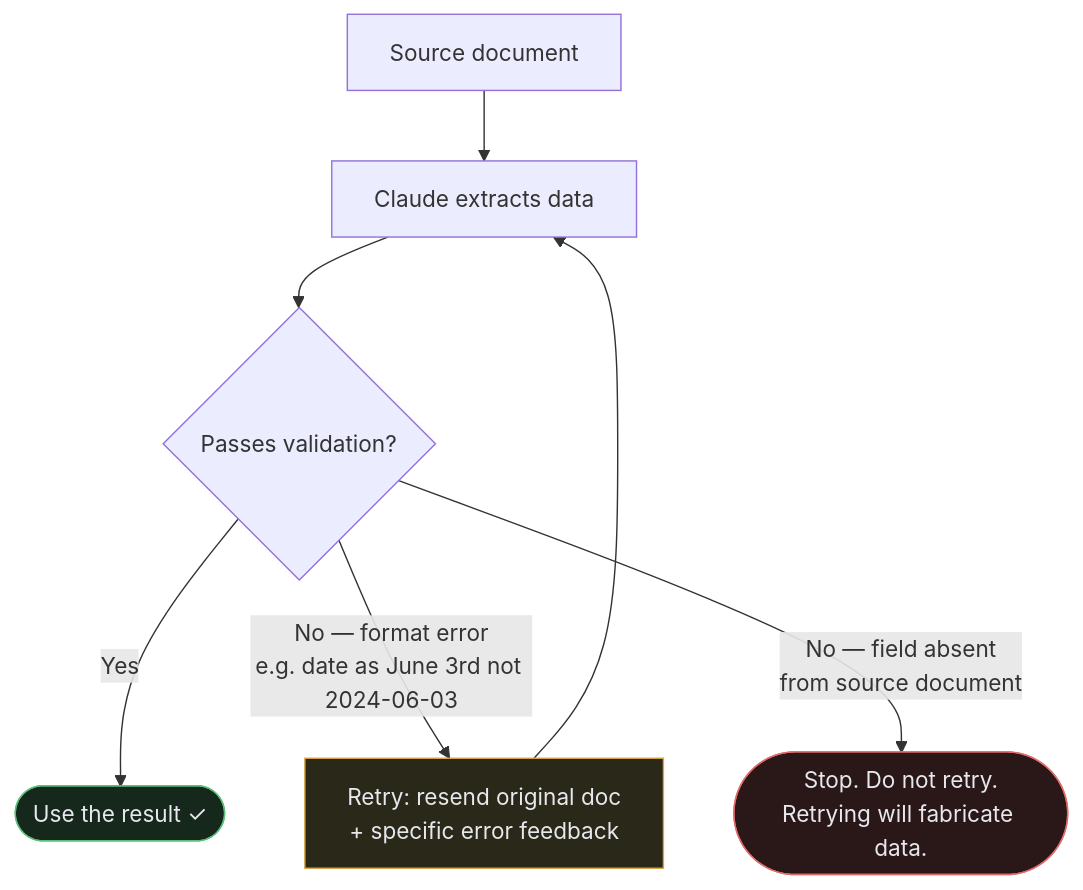
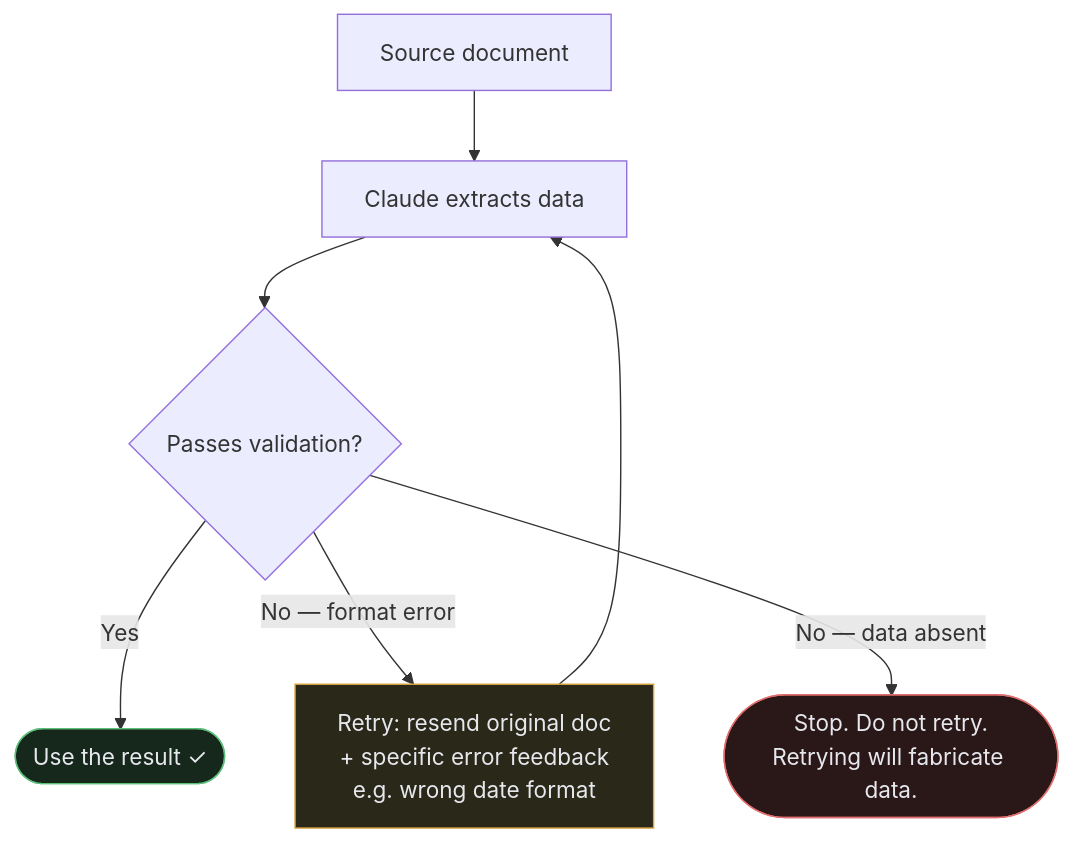
The first of 2 diagrams in src/content/lessons/prompt-engineering.md (nosferatujon/claude-code-academy), drawn with Mermaid before and after one commit. The commit also changed 2 other files, not shown here.

Commit message:
Fix three broken Mermaid diagrams
Parallel/sequential: switch flowchart LR→TD and remove direction TB
overrides inside subgraphs (buggy in Mermaid); add colored subgraph
backgrounds to distinguish the two cases.

Validation-retry: move verbose detail out of edge labels into the
node label where it fits; shorten edge labels to single phrases.

Lost-in-the-middle: drop invisible gap nodes (unreliable hack) and
replace with a clean three-node subgraph using directed arrows.

````diff
--- a/src/content/lessons/prompt-engineering.md
+++ b/src/content/lessons/prompt-engineering.md
@@ -153,12 +153,12 @@
 ```mermaid
 flowchart TD
     Doc["Source document"] --> Ex["Claude extracts data"]
     Ex --> Val{"Passes validation?"}
     Val -->|"Yes"| Done(["Use the result ✓"])
-    Val -->|"No — format error\ne.g. date as June 3rd not 2024-06-03"| Retry["Retry: resend original doc\n+ specific error feedback"]
+    Val -->|"No — format error"| Retry["Retry: resend original doc\n+ specific error feedback\ne.g. wrong date format"]
     Retry --> Ex
-    Val -->|"No — field absent\nfrom source document"| Abort(["Stop. Do not retry.\nRetrying will fabricate data."])
+    Val -->|"No — data absent"| Abort(["Stop. Do not retry.\nRetrying will fabricate data."])
     style Done fill:#16271c,stroke:#5bbf7a,color:#e6e8ee
     style Abort fill:#2a1818,stroke:#e06c6c,color:#e6e8ee
     style Retry fill:#2a2818,stroke:#d9a441,color:#e6e8ee
 ```
````
